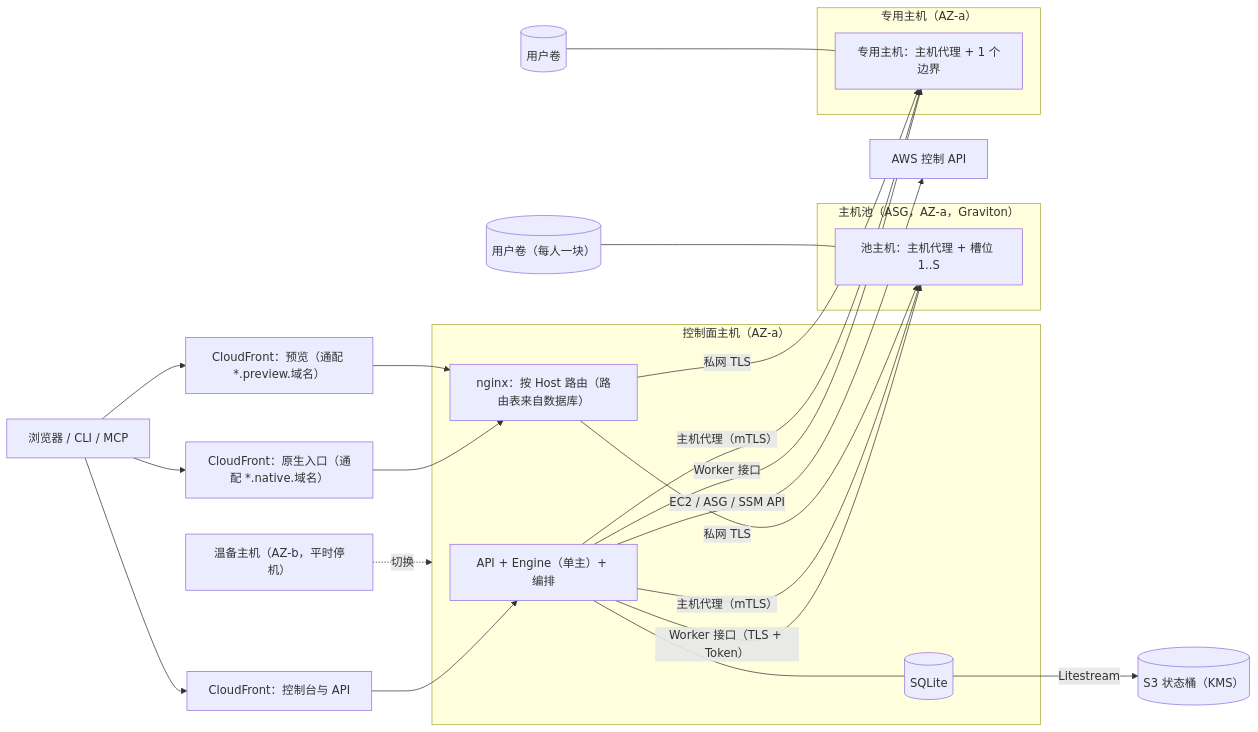
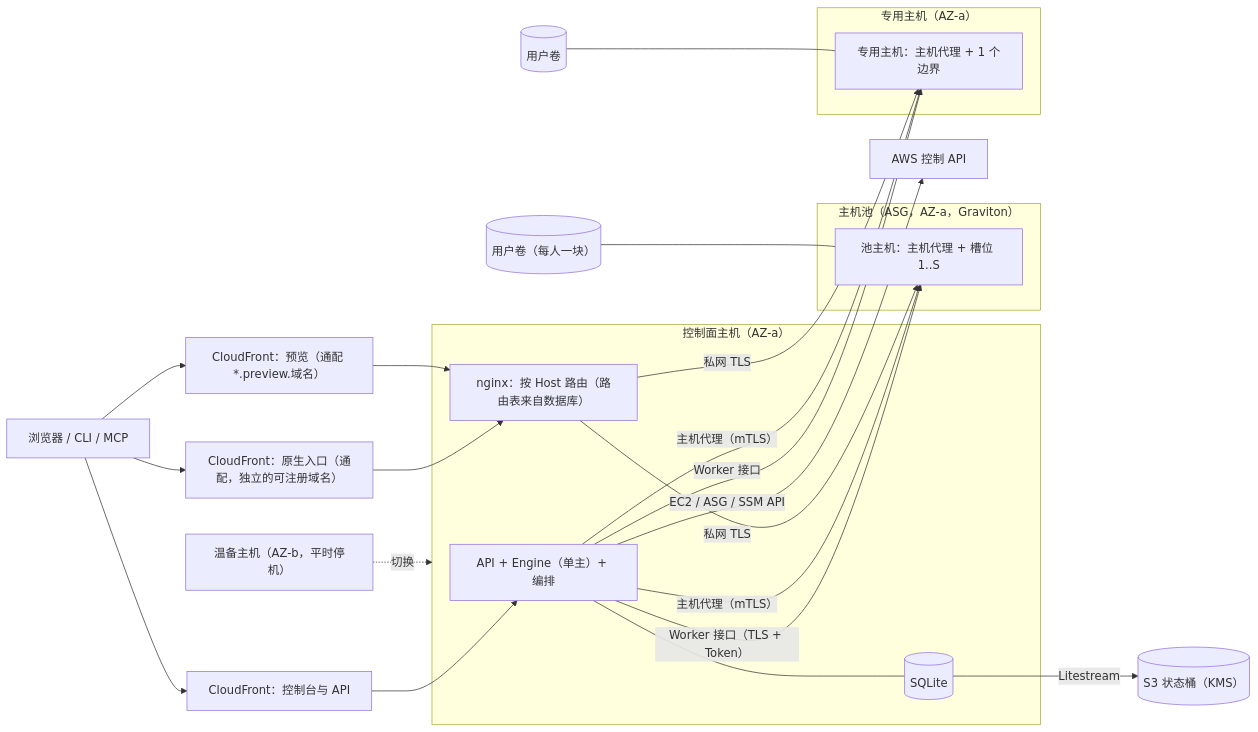
One commit to LiboMa/kirocrew-on changed the diagram in docs/superpowers/specs/2026-10-25-mvp-0.2.0-deployment-and-worker-pool-design.md. Above: the diagram before and after it, drawn with Mermaid. The commit also changed other lines of this file, not shown here.

````diff
--- a/docs/superpowers/specs/2026-10-25-mvp-0.2.0-deployment-and-worker-pool-design.md
+++ b/docs/superpowers/specs/2026-10-25-mvp-0.2.0-deployment-and-worker-pool-design.md
@@ -244,32 +262,32 @@
 ```mermaid
 flowchart LR
   U["浏览器 / CLI / MCP"] --> CF1["CloudFront：控制台与 API"]
-  U --> CF2["CloudFront：原生入口（通配 *.native.域名）"]
+  U --> CF2["CloudFront：原生入口（通配，独立的可注册域名）"]
   U --> CF3["CloudFront：预览（通配 *.preview.域名）"]
   subgraph CP["控制面主机（AZ-a）"]
     API["API + Engine（单主）+ 编排"]
     DB[("SQLite")]
     NG["nginx：按 Host 路由（路由表来自数据库）"]
   end
   CF1 --> API
   CF2 --> NG
   CF3 --> NG
   API --- DB
   DB -->|Litestream| S3[("S3 状态桶（KMS）")]
   subgraph POOL["主机池（ASG，AZ-a，Graviton）"]
     H1["池主机：主机代理 + 槽位 1..S"]
   end
   subgraph DED["专用主机（AZ-a）"]
     H2["专用主机：主机代理 + 1 个边界"]
   end
   V1[("用户卷（每人一块）")] --- H1
   V2[("用户卷")] --- H2
   API -->|"Worker 接口（TLS + Token）"| H1
   API -->|"Worker 接口"| H2
   API -->|"主机代理（mTLS）"| H1
   API -->|"主机代理（mTLS）"| H2
   API -->|"EC2 / ASG / SSM API"| AWS["AWS 控制 API"]
   NG -->|"私网 TLS"| H1
   NG -->|"私网 TLS"| H2
   SB["温备主机（AZ-b，平时停机）"] -.->|切换| CP
 ```
````
